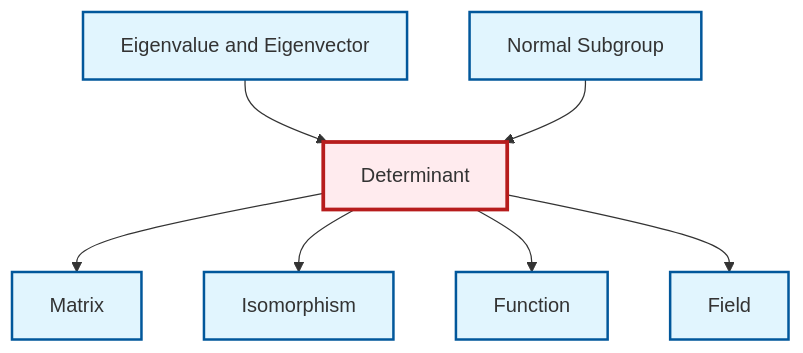
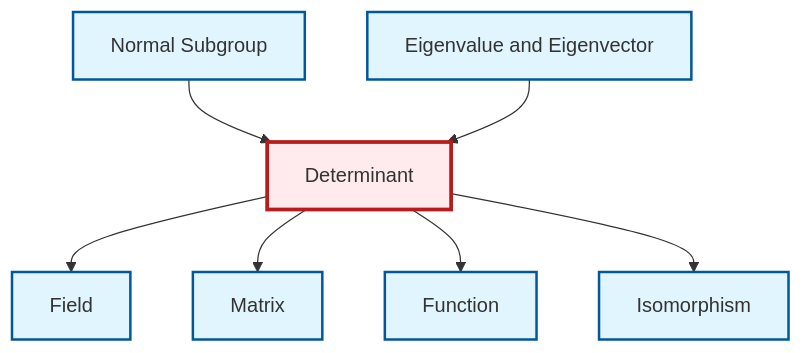
The diagram in output/mermaid/en/def-determinant.mermaid (RK0429/ModernMath), drawn with Mermaid before and after one commit. The commit also changed other lines of this file and 1714 other files, not shown here.

```diff
--- a/output/mermaid/en/def-determinant.mermaid
+++ b/output/mermaid/en/def-determinant.mermaid
@@ -1,20 +1,20 @@
 graph TD
     classDef definition fill:#e1f5fe,stroke:#01579b,stroke-width:2px
     classDef theorem fill:#f3e5f5,stroke:#4a148c,stroke-width:2px
     classDef axiom fill:#fff3e0,stroke:#e65100,stroke-width:2px
     classDef example fill:#e8f5e9,stroke:#1b5e20,stroke-width:2px
     classDef current fill:#ffebee,stroke:#b71c1c,stroke-width:3px
-    def-normal-subgroup["Normal Subgroup"]:::definition
     def-determinant["Determinant"]:::definition
-    def-isomorphism["Isomorphism"]:::definition
+    def-eigenvalue-eigenvector["Eigenvalue and Eigenvector"]:::definition
     def-function["Function"]:::definition
     def-field["Field"]:::definition
+    def-isomorphism["Isomorphism"]:::definition
+    def-normal-subgroup["Normal Subgroup"]:::definition
     def-matrix["Matrix"]:::definition
-    def-eigenvalue-eigenvector["Eigenvalue and Eigenvector"]:::definition
+    def-determinant --> def-field
+    def-normal-subgroup --> def-determinant
+    def-eigenvalue-eigenvector --> def-determinant
     def-determinant --> def-matrix
-    def-eigenvalue-eigenvector --> def-determinant
+    def-determinant --> def-function
     def-determinant --> def-isomorphism
-    def-determinant --> def-function
-    def-normal-subgroup --> def-determinant
-    def-determinant --> def-field
     class def-determinant current
```
